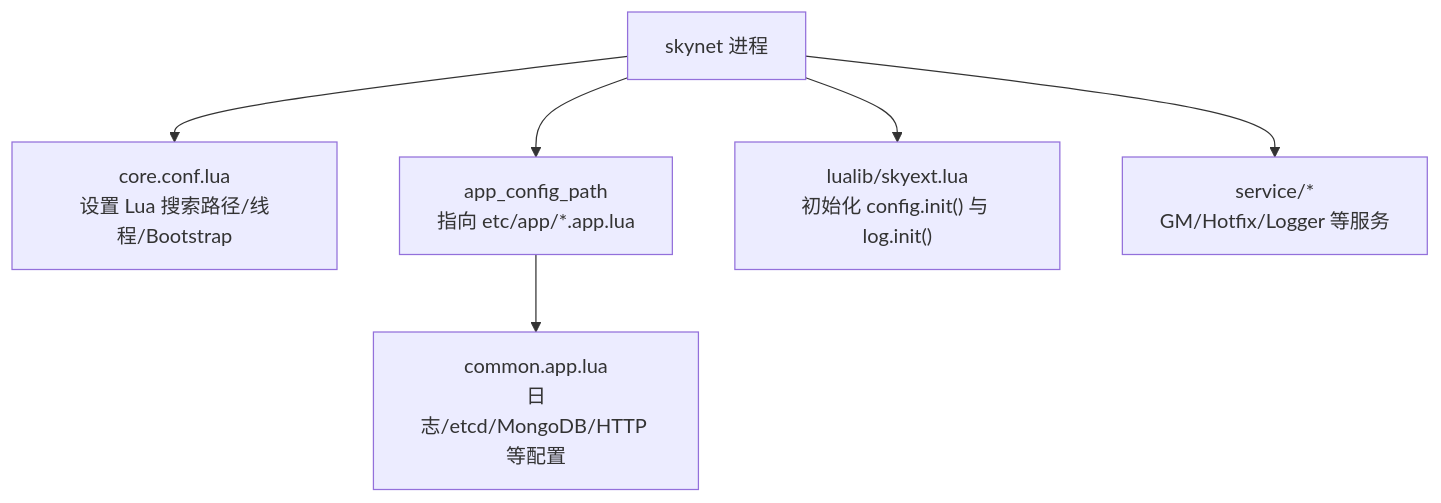
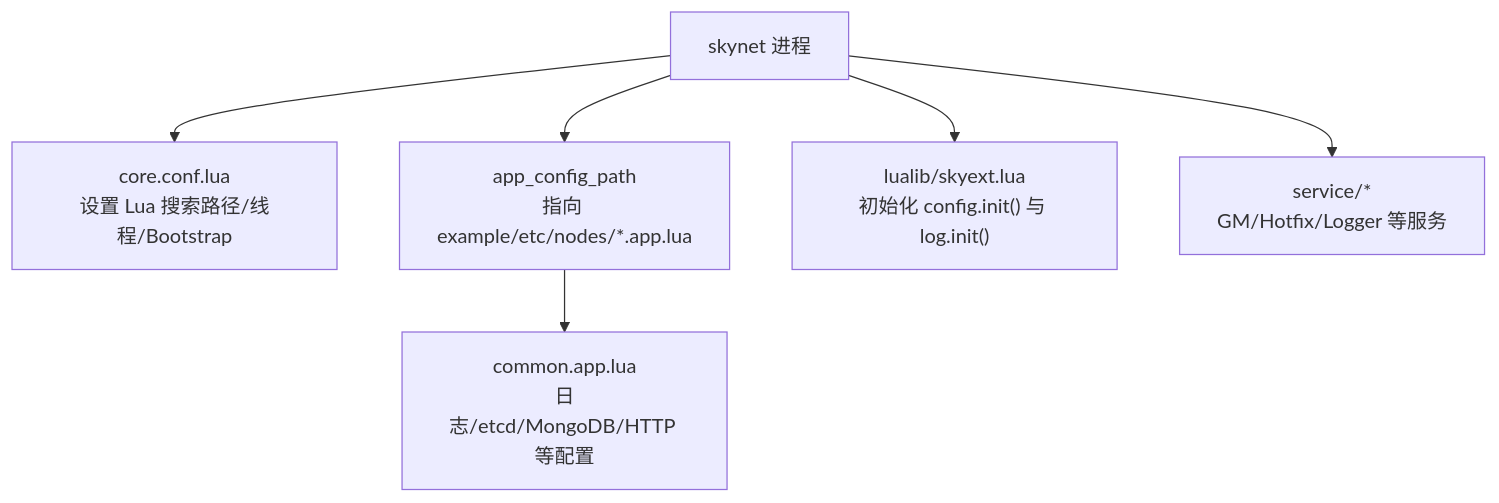
Before and after one commit to hanxi/skyext: the first of 6 diagrams in docs/repowiki/zh/content/部署运维/部署运维.md, drawn with Mermaid. The commit also changed other lines of this file and 117 other files, not shown here.

````diff
--- a/docs/repowiki/zh/content/部署运维/部署运维.md
+++ b/docs/repowiki/zh/content/部署运维/部署运维.md
@@ -49,8 +49,8 @@
 ```mermaid
 graph TB
 A["skynet 进程"] --> B["core.conf.lua<br/>设置 Lua 搜索路径/线程/Bootstrap"]
-A --> C["app_config_path<br/>指向 etc/app/*.app.lua"]
+A --> C["app_config_path<br/>指向 example/etc/nodes/*.app.lua"]
 C --> D["common.app.lua<br/>日志/etcd/MongoDB/HTTP 等配置"]
 A --> E["lualib/skyext.lua<br/>初始化 config.init() 与 log.init()"]
 A --> F["service/*<br/>GM/Hotfix/Logger 等服务"]
 ```
````
